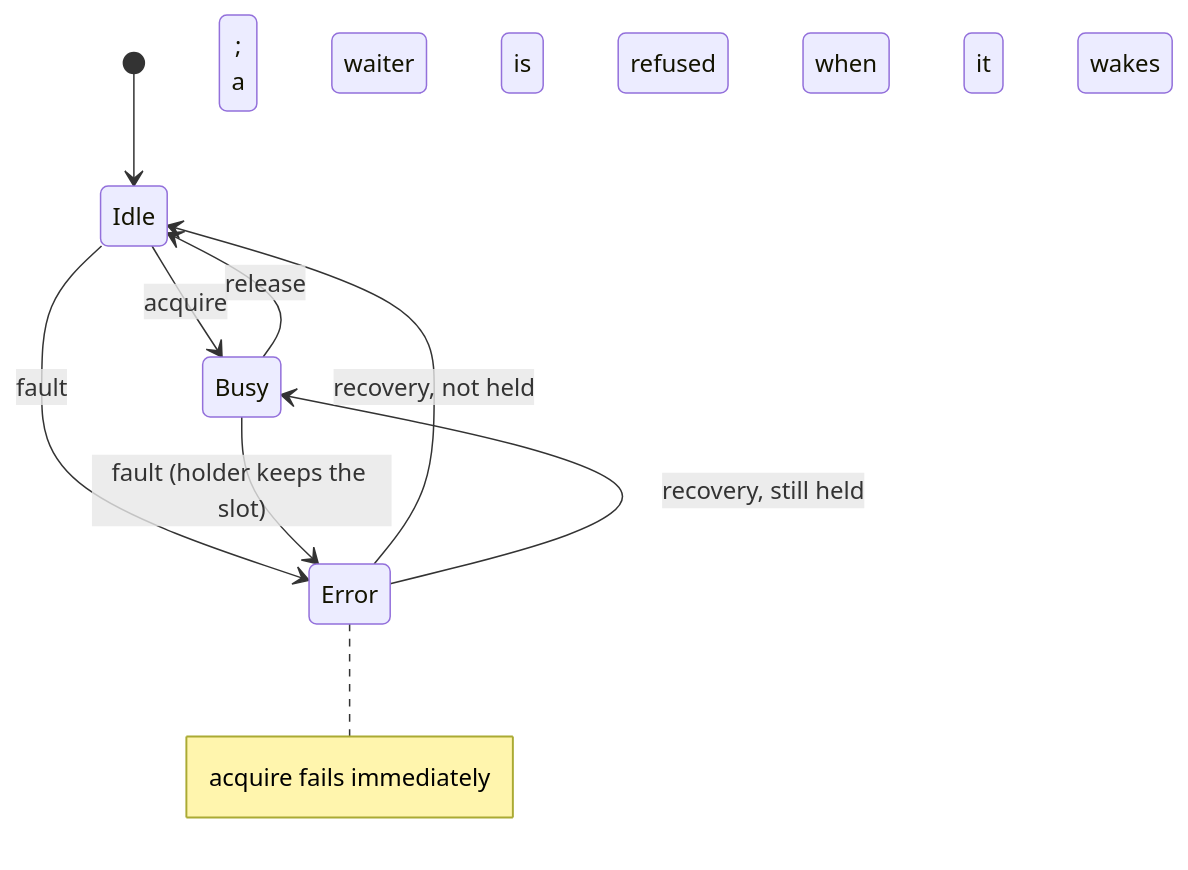
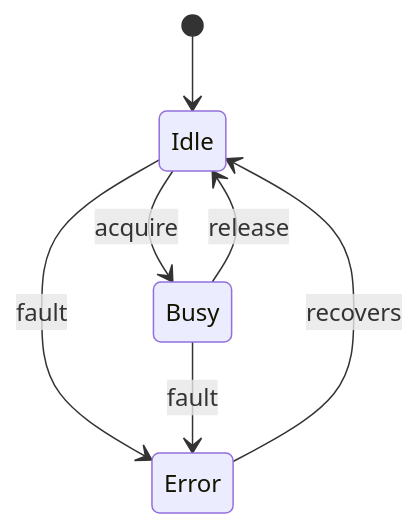
Before and after one commit to mortezasghari/NovaExercise: the eighth of 10 diagrams in DESIGN.md, drawn with Mermaid. The commit also changed other lines of this file, not shown here.

First line of the commit message:
Simplify the design diagrams into small multi-level views

````diff
--- a/DESIGN.md
+++ b/DESIGN.md
@@ -130,11 +157,9 @@
 ```mermaid
 stateDiagram-v2
     [*] --> Idle
     Idle --> Busy: acquire
     Busy --> Idle: release
     Idle --> Error: fault
-    Busy --> Error: fault (holder keeps the slot)
-    Error --> Idle: recovery, not held
-    Error --> Busy: recovery, still held
-    note right of Error: acquire fails immediately;<br/>a waiter is refused when it wakes
+    Busy --> Error: fault
+    Error --> Idle: recovers
 ```
````
